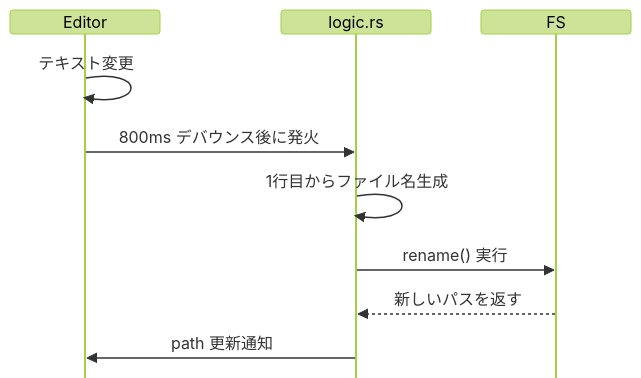
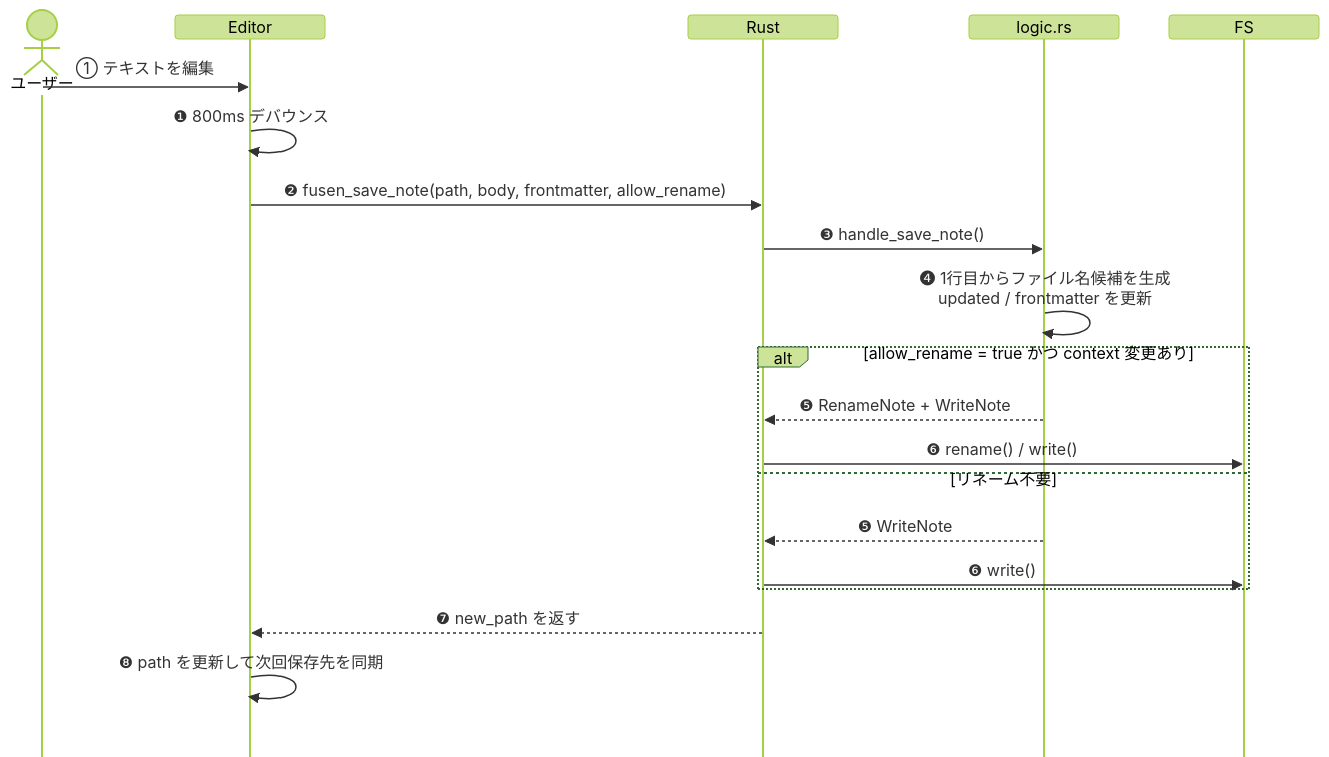
The fifth of 8 diagrams in docs-v2/002_PC.md (ore-no-fusen/ore-no-fusen), drawn with Mermaid (forest theme) before and after one commit. The commit also changed other lines of this file and 32 other files, not shown here.

````diff
--- a/docs-v2/002_PC.md
+++ b/docs-v2/002_PC.md
@@ -395,14 +404,24 @@
 ```mermaid
 %%{init: {'sequence': {'messageMargin': 8, 'mirrorActors': false, 'height': 24, 'boxMargin': 4, 'noteMargin': 6}}}%%
 sequenceDiagram
+    actor U as ユーザー
     participant E as Editor
+    participant R as Rust
     participant L as logic.rs
-    participant F as FS
+    participant FS as FS
 
-    E->>E: テキスト変更
-    E->>L: 800ms デバウンス後に発火
-    L->>L: 1行目からファイル名生成
-    L->>F: rename() 実行
-    F-->>L: 新しいパスを返す
-    L->>E: path 更新通知
+    U->>E: ① テキストを編集
+    E->>E: ❶ 800ms デバウンス
+    E->>R: ❷ fusen_save_note(path, body, frontmatter, allow_rename)
+    R->>L: ❸ handle_save_note()
+    L->>L: ❹ 1行目からファイル名候補を生成<br>updated / frontmatter を更新
+    alt allow_rename = true かつ context 変更あり
+        L-->>R: ❺ RenameNote + WriteNote
+        R->>FS: ❻ rename() / write()
+    else リネーム不要
+        L-->>R: ❺ WriteNote
+        R->>FS: ❻ write()
+    end
+    R-->>E: ❼ new_path を返す
+    E->>E: ❽ path を更新して次回保存先を同期
 ```
````
